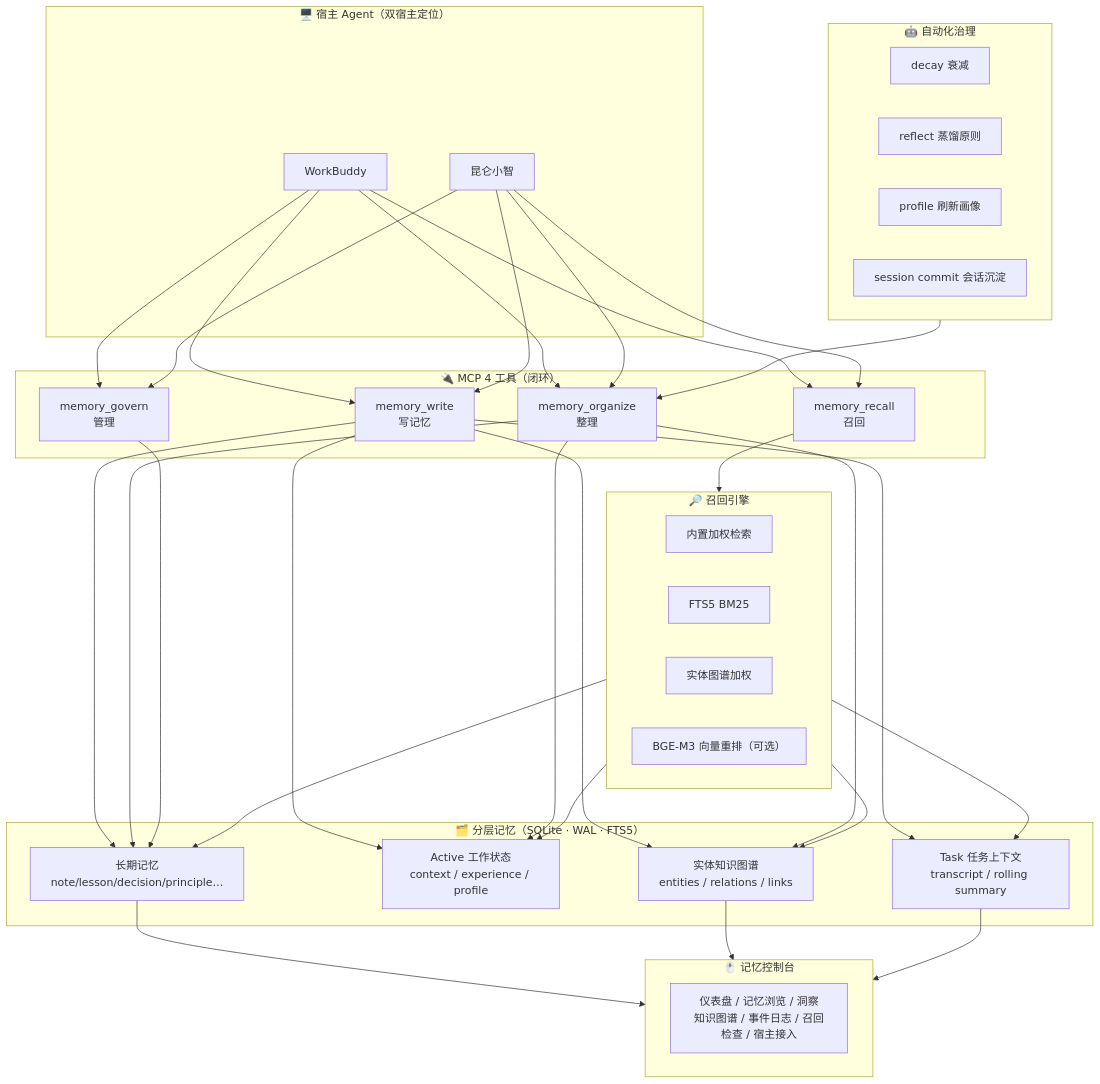
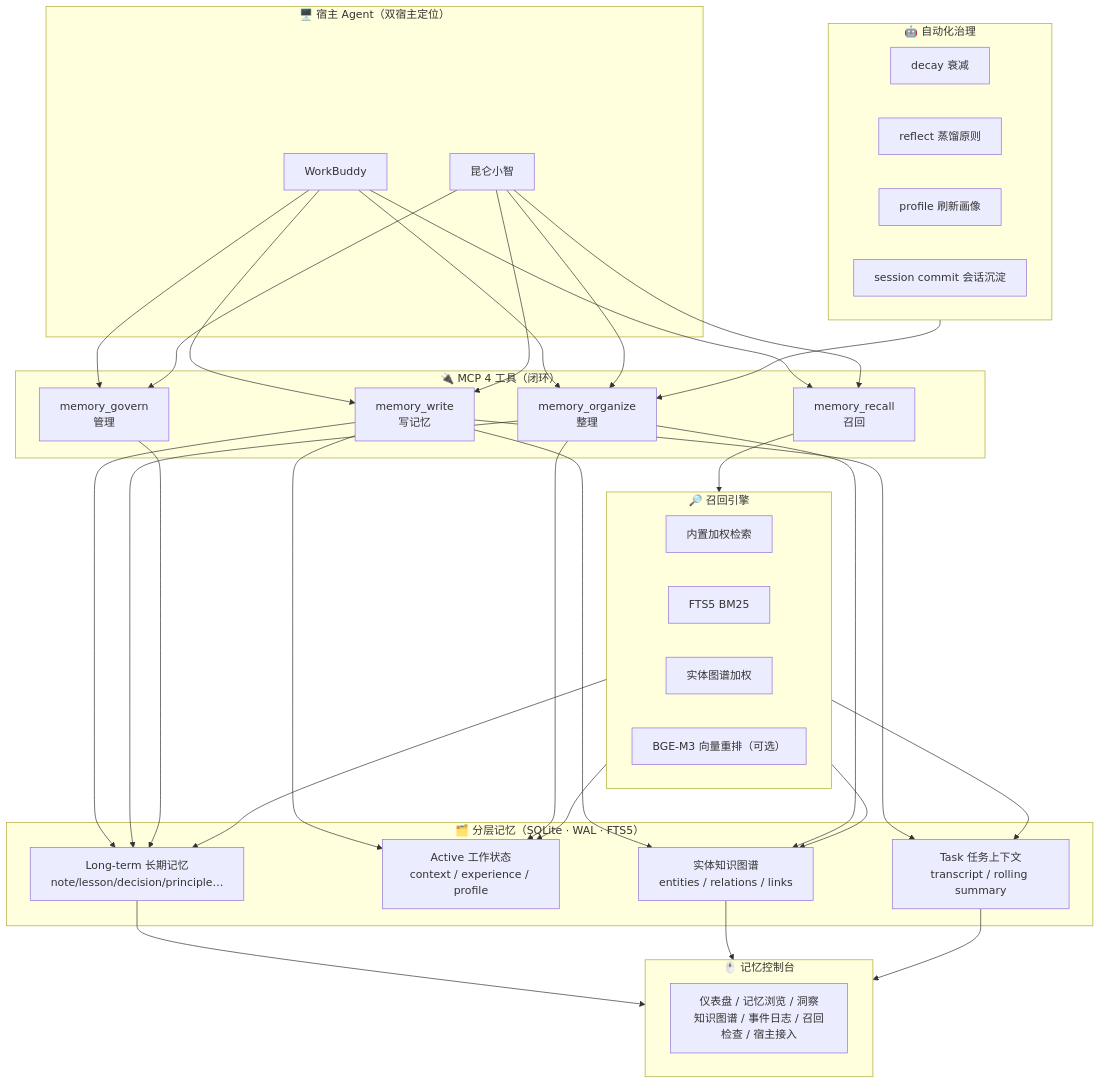
One commit to xdragonjia/leafmem changed the diagram in README.md. Above: the diagram before and after it, drawn with Mermaid. The commit also changed other lines of this file and 7 other files, not shown here.

````diff
--- a/README.md
+++ b/README.md
@@ -33,50 +33,50 @@
 ```mermaid
 flowchart TB
     subgraph Hosts["🖥️ 宿主 Agent（双宿主定位）"]
         WB["WorkBuddy"]
         KXZ["昆仑小智"]
     end
 
     subgraph MCP["🔌 MCP 4 工具（闭环）"]
         W["memory_write<br/>写记忆"]
         R["memory_recall<br/>召回"]
         O["memory_organize<br/>整理"]
         G["memory_govern<br/>管理"]
     end
 
     subgraph Layers["🗂️ 分层记忆（SQLite · WAL · FTS5）"]
-        PALACE["长期记忆<br/>note/lesson/decision/principle…"]
+        PALACE["Long-term 长期记忆<br/>note/lesson/decision/principle…"]
         ACTIVE["Active 工作状态<br/>context / experience / profile"]
         TASK["Task 任务上下文<br/>transcript / rolling summary"]
         GRAPH["实体知识图谱<br/>entities / relations / links"]
     end
 
     subgraph Retrieval["🔎 召回引擎"]
         BUILTIN["内置加权检索"]
         FTS["FTS5 BM25"]
         ENTITY["实体图谱加权"]
         RERANK["BGE-M3 向量重排（可选）"]
     end
 
     subgraph Ops["🤖 自动化治理"]
         DECAY["decay 衰减"]
         REFLECT["reflect 蒸馏原则"]
         PROFILE["profile 刷新画像"]
         COMMIT["session commit 会话沉淀"]
     end
 
     subgraph Console["🖱️ 记忆控制台"]
         UI["仪表盘 / 记忆浏览 / 洞察<br/>知识图谱 / 事件日志 / 召回检查 / 宿主接入"]
     end
 
     WB & KXZ --> W & R & O & G
     W --> PALACE & ACTIVE & TASK
     W --> GRAPH
     O --> PALACE & ACTIVE
     O --> GRAPH
     G --> PALACE
     R --> Retrieval
     Retrieval --> PALACE & ACTIVE & TASK & GRAPH
     Ops --> O
     PALACE & GRAPH & TASK --> Console
 ```
````
